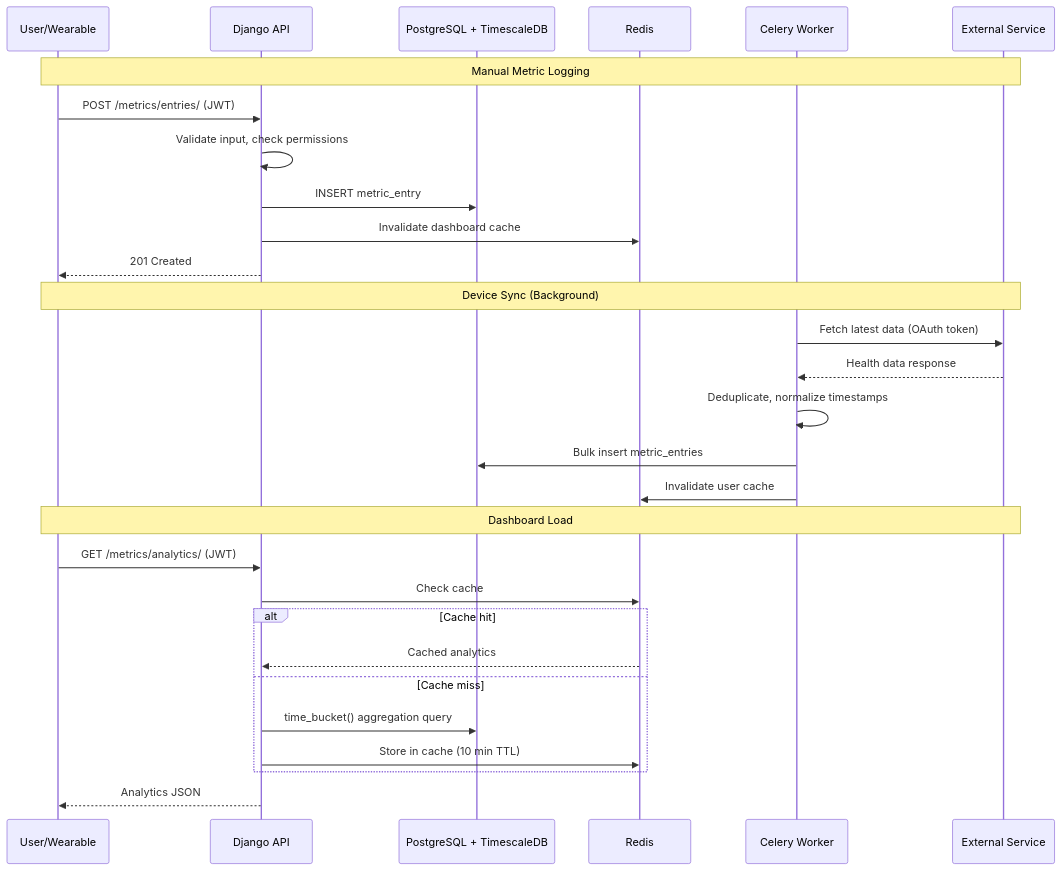
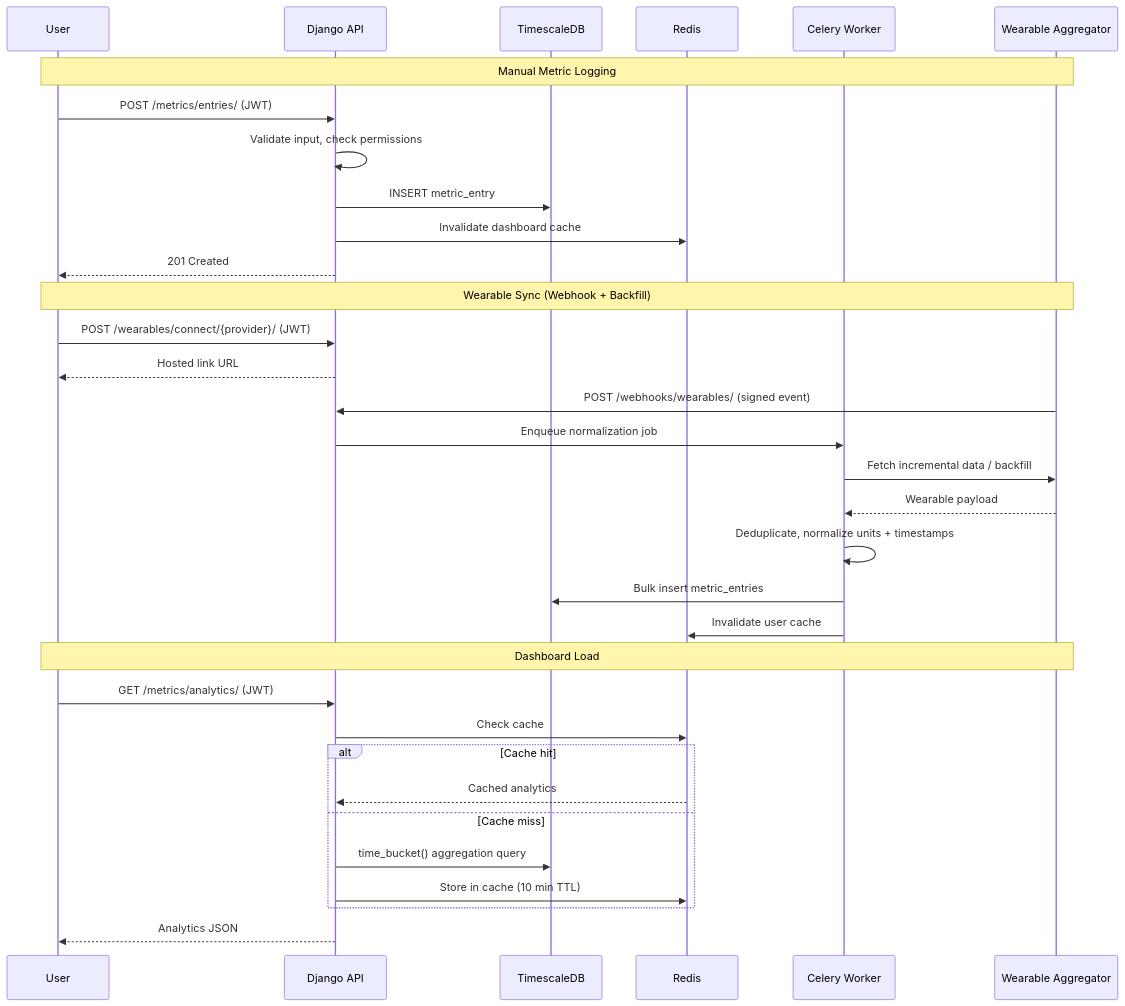
One commit to elvisrepo/long changed the first of 6 diagrams in planning.md. Above: the diagram before and after it, drawn with Mermaid. The commit also changed other lines of this file, not shown here.

````diff
--- a/planning.md
+++ b/planning.md
@@ -208,34 +213,38 @@
 ```mermaid
 sequenceDiagram
-    participant U as User/Wearable
+    participant U as User
     participant API as Django API
-    participant DB as PostgreSQL + TimescaleDB
+    participant DB as TimescaleDB
     participant R as Redis
     participant C as Celery Worker
-    participant S as External Service
+    participant W as Wearable Aggregator
 
-    Note over U,S: Manual Metric Logging
+    Note over U,W: Manual Metric Logging
     U->>API: POST /metrics/entries/ (JWT)
     API->>API: Validate input, check permissions
     API->>DB: INSERT metric_entry
     API->>R: Invalidate dashboard cache
     API-->>U: 201 Created
 
-    Note over U,S: Device Sync (Background)
-    C->>S: Fetch latest data (OAuth token)
-    S-->>C: Health data response
-    C->>C: Deduplicate, normalize timestamps
+    Note over U,W: Wearable Sync (Webhook + Backfill)
+    U->>API: POST /wearables/connect/{provider}/ (JWT)
+    API-->>U: Hosted link URL
+    W->>API: POST /webhooks/wearables/ (signed event)
+    API->>C: Enqueue normalization job
+    C->>W: Fetch incremental data / backfill
+    W-->>C: Wearable payload
+    C->>C: Deduplicate, normalize units + timestamps
     C->>DB: Bulk insert metric_entries
     C->>R: Invalidate user cache
 
-    Note over U,S: Dashboard Load
+    Note over U,W: Dashboard Load
     U->>API: GET /metrics/analytics/ (JWT)
     API->>R: Check cache
     alt Cache hit
         R-->>API: Cached analytics
     else Cache miss
         API->>DB: time_bucket() aggregation query
         API->>R: Store in cache (10 min TTL)
     end
     API-->>U: Analytics JSON
 ```
````
